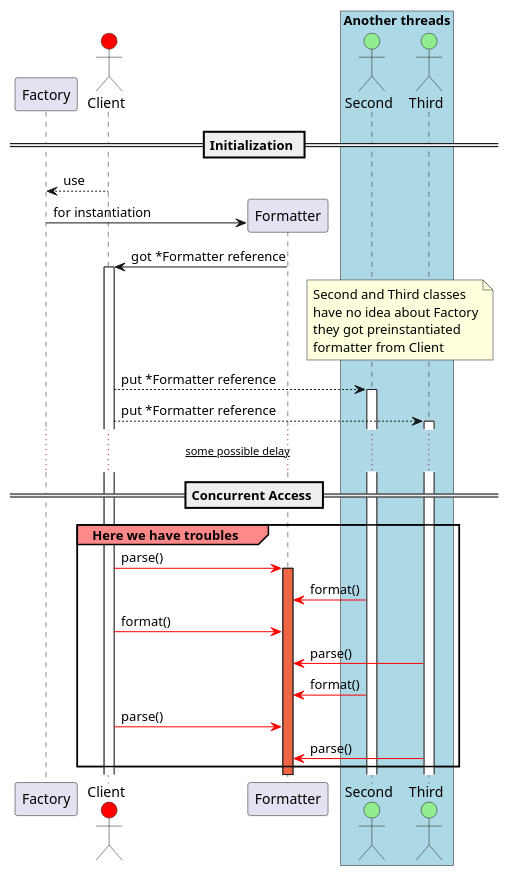
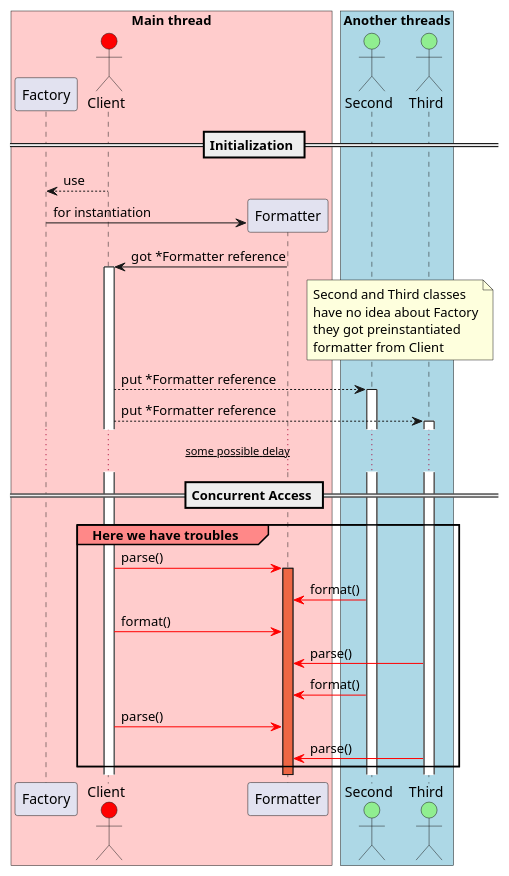
One commit to i-home/hanky changed the diagram in Throuble.puml. Above: the diagram before and after it, drawn with PlantUML. The commit also changed 1 other file, not shown here.

Commit message:
diagram update

```diff
--- a/Throuble.puml
+++ b/Throuble.puml
@@ -1,39 +1,41 @@
 @startuml
 skinparam sequence {
 	GroupBackgroundColor #ff8888
 }
 == Initialization ==
+box "Main thread" #ffcccc
 participant Factory
 actor Client #red
 Client-->Factory:use
 create Formatter
 Factory->Formatter:for instantiation
 Formatter->Client:got *Formatter reference
+end box
 activate Client
 box "Another threads" #lightblue
 actor Second #lightgreen
 actor Third #lightgreen
 end box
 note over Second, Third
  Second and Third classes
  have no idea about Factory
  they got preinstantiated 
  formatter from Client
 endnote
 Second<--Client:put *Formatter reference
 activate Second
 Third<--Client:put *Formatter reference
 activate Third
 ... ~~some possible delay~~ ...
 == Concurrent Access ==
 group Here we have troubles
 Client -[#red]> Formatter:parse()
 activate Formatter #ee6644
 Second -[#red]> Formatter:format()
 Client -[#red]> Formatter:format()
 Third -[#red]> Formatter:parse()
 Second -[#red]> Formatter:format()
 Client -[#red]> Formatter:parse()
 Third -[#red]> Formatter:parse()
 end
 @enduml
```
